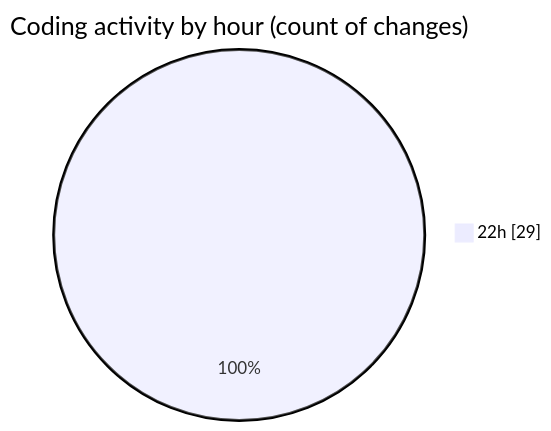
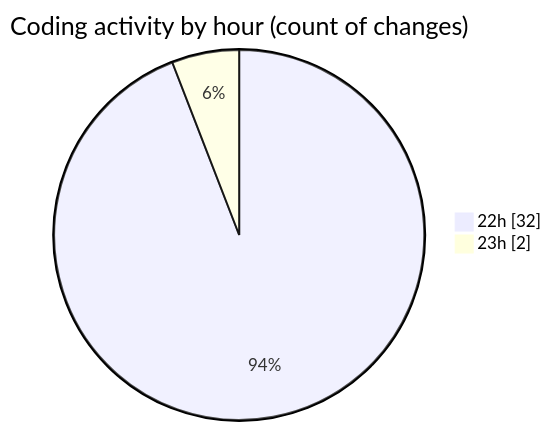
One commit to nxtqubesakshisongat/code-tracking changed the second of 2 diagrams in 2025-10-23/javacript/README.md. Above: the diagram before and after it, drawn with Mermaid. The commit also changed other lines of this file and 1 other file, not shown here.

````diff
--- a/2025-10-23/javacript/README.md
+++ b/2025-10-23/javacript/README.md
@@ -28,5 +28,6 @@
 ```mermaid
 pie showData
 title Coding activity by hour (count of changes)
-"22h" : 29
+"22h" : 32
+"23h" : 2
 ```
````
